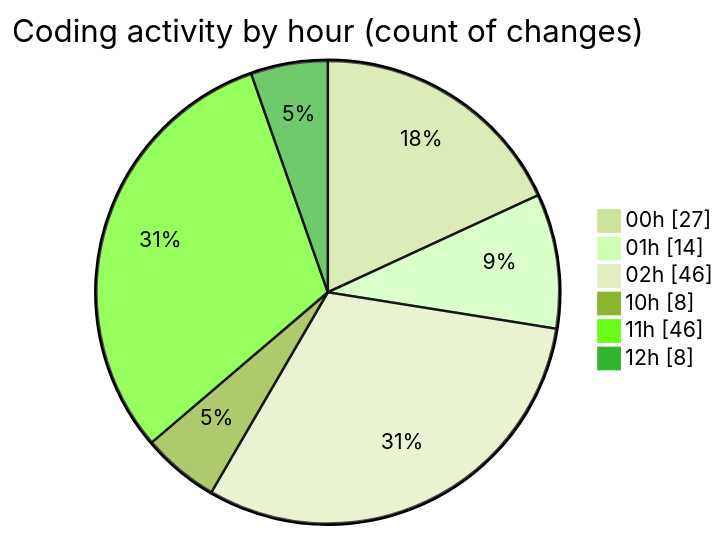
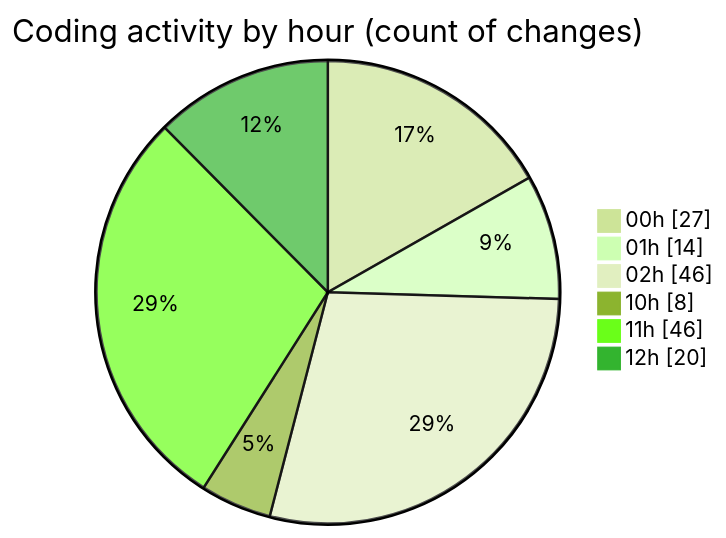
The second of 2 diagrams in 2025-07-17/nhahang/README.md (lephambinh05/code-tracking), drawn with Mermaid (forest theme) before and after one commit. The commit also changed other lines of this file and 1 other file, not shown here.

````diff
--- a/2025-07-17/nhahang/README.md
+++ b/2025-07-17/nhahang/README.md
@@ -67,10 +73,10 @@
 ```mermaid
 pie showData
 title Coding activity by hour (count of changes)
 "00h" : 27
 "01h" : 14
 "02h" : 46
 "10h" : 8
 "11h" : 46
-"12h" : 8
+"12h" : 20
 ```
````
